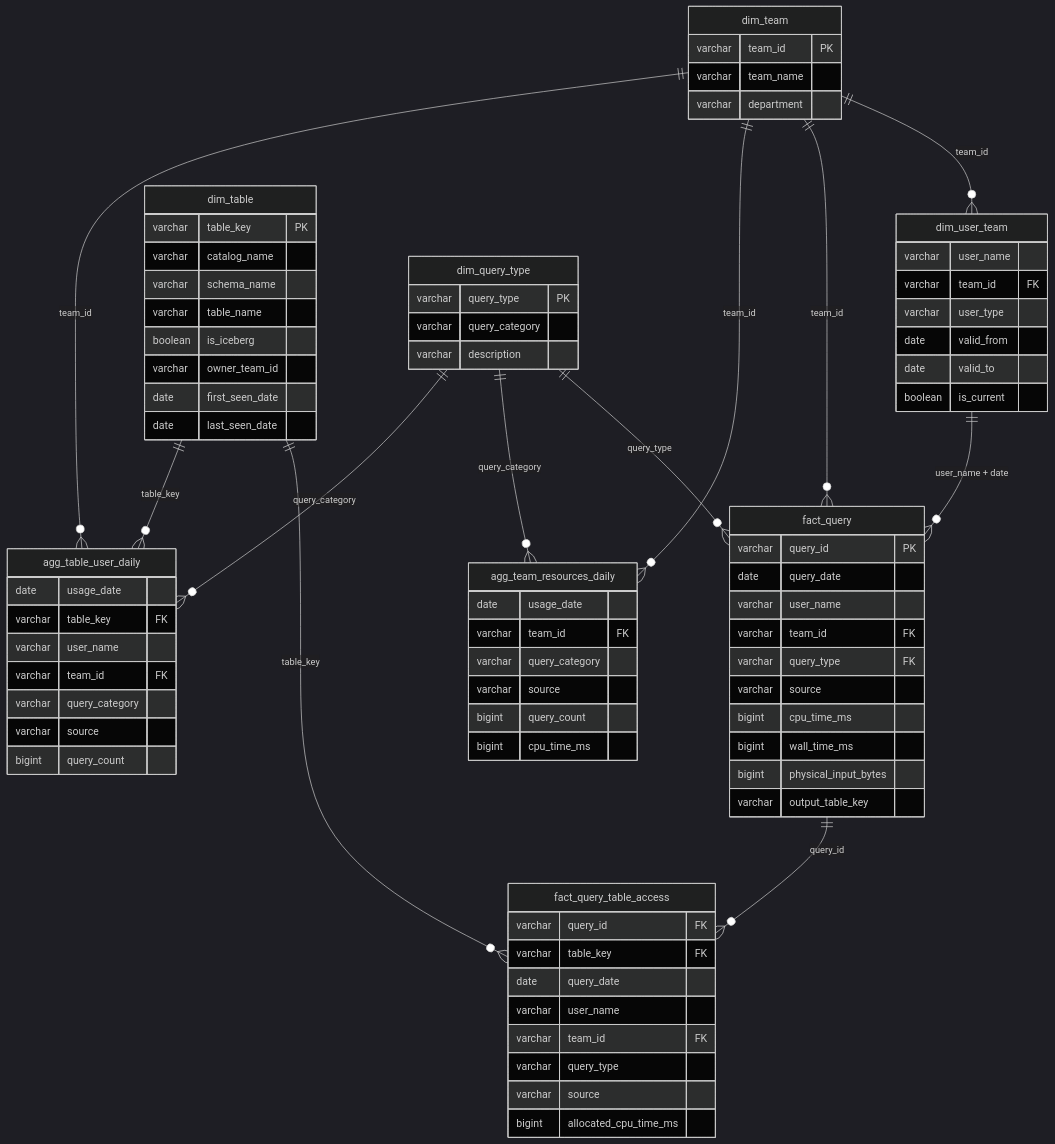
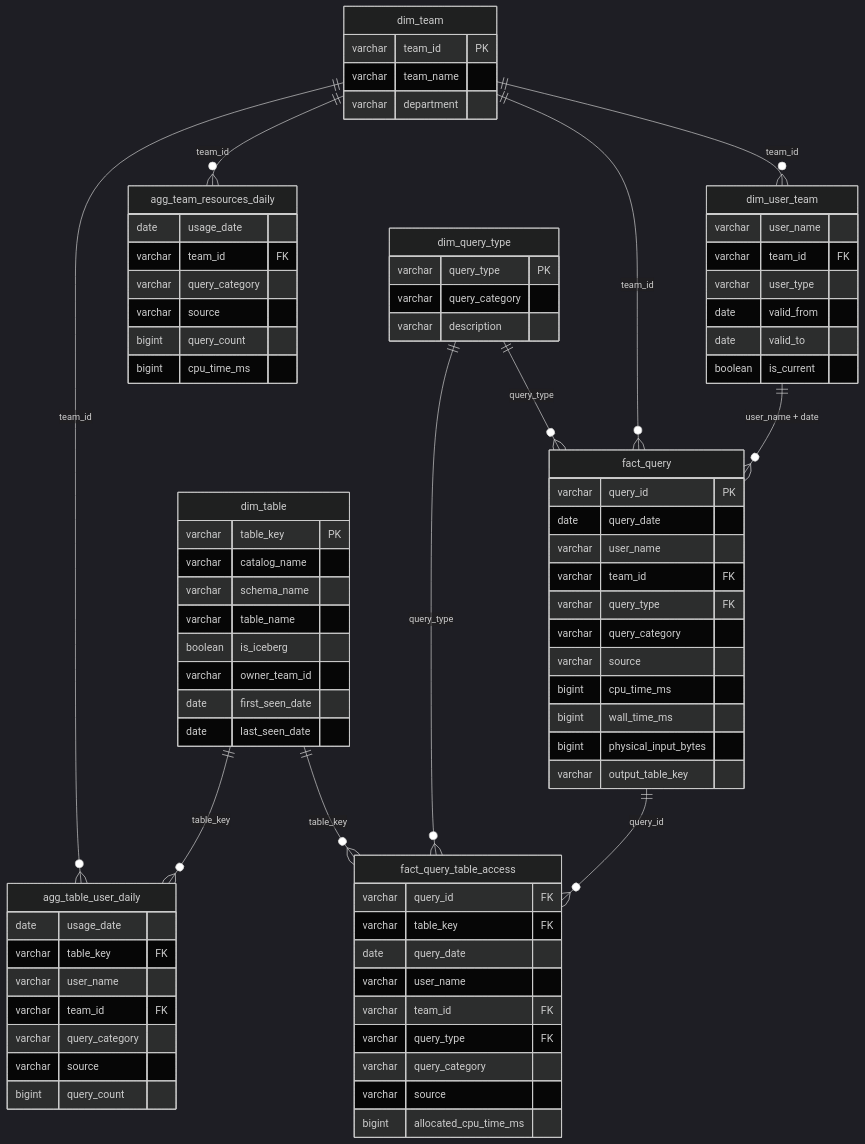
One commit to marusyalandau/meta-dwh-usage-model changed the diagram in README.md. Above: the diagram before and after it, drawn with Mermaid (dark theme). The commit also changed other lines of this file and 16 other files, not shown here.

```diff
--- a/README.md
+++ b/README.md
@@ -162,8 +164,7 @@
     dim_table ||--o{ fact_query_table_access : "table_key"
     dim_table ||--o{ agg_table_user_daily : "table_key"
     dim_query_type ||--o{ fact_query : "query_type"
-    dim_query_type ||--o{ agg_team_resources_daily : "query_category"
-    dim_query_type ||--o{ agg_table_user_daily : "query_category"
+    dim_query_type ||--o{ fact_query_table_access : "query_type"
 
     dim_team {
         varchar team_id PK
@@ -199,6 +200,7 @@
         varchar user_name
         varchar team_id FK
         varchar query_type FK
+        varchar query_category
         varchar source
         bigint cpu_time_ms
         bigint wall_time_ms
@@ -211,7 +213,8 @@
         date query_date
         varchar user_name
         varchar team_id FK
-        varchar query_type
+        varchar query_type FK
+        varchar query_category
         varchar source
         bigint allocated_cpu_time_ms
     }
```
